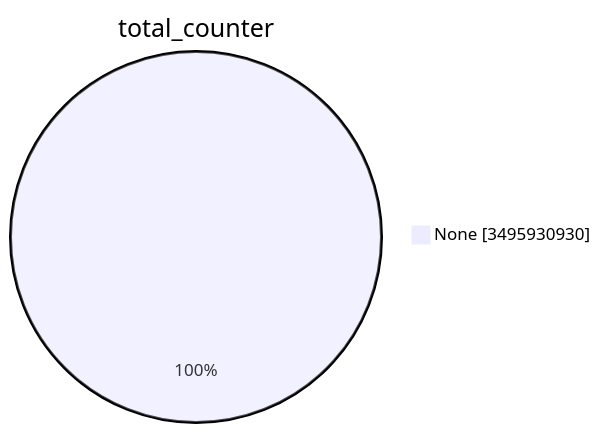
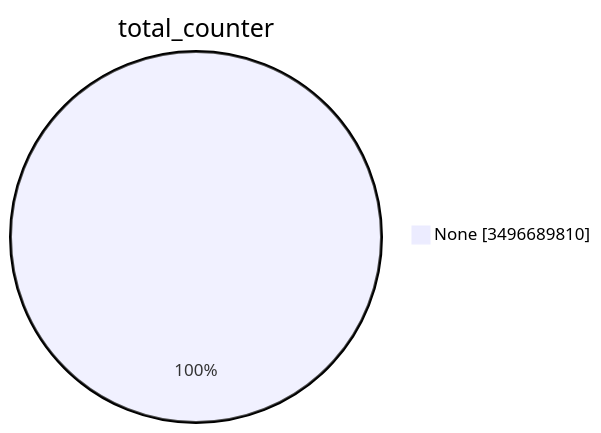
One commit to christiankrug/ctmonitor_visualization changed the first of 15 diagrams in TOTAL/README.md. Above: the diagram before and after it, drawn with Mermaid. The commit also changed other lines of this file, not shown here.

````diff
--- a/TOTAL/README.md
+++ b/TOTAL/README.md
@@ -1,5 +1,5 @@
 ```mermaid
 pie showData
 title total_counter
-"None" :3495930930
+"None" :3496689810
 ```
````
